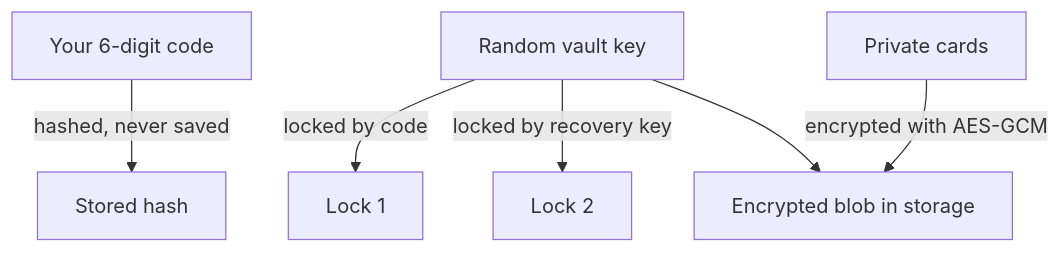
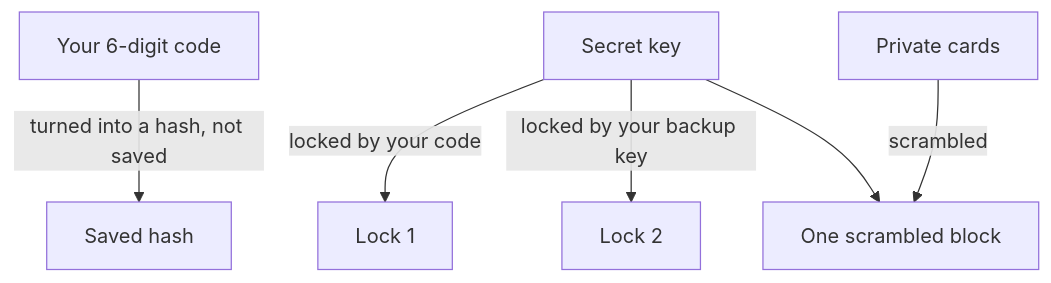
Before and after one commit to DeafGecko/clearcard: the second of 3 diagrams in README.md, drawn with Mermaid. The commit also changed other lines of this file and 3 other files, not shown here.

````diff
--- a/README.md
+++ b/README.md
@@ -36,8 +35,8 @@
 ```mermaid
 flowchart TD
-  Code["Your 6-digit code"] -->|"hashed, never saved"| Hash["Stored hash"]
-  Key["Random vault key"] -->|"locked by code"| W1["Lock 1"]
-  Key -->|"locked by recovery key"| W2["Lock 2"]
-  Cards["Private cards"] -->|"encrypted with AES-GCM"| Blob["Encrypted blob in storage"]
+  Code["Your 6-digit code"] -->|"turned into a hash, not saved"| Hash["Saved hash"]
+  Key["Secret key"] -->|"locked by your code"| L1["Lock 1"]
+  Key -->|"locked by your backup key"| L2["Lock 2"]
+  Cards["Private cards"] -->|"scrambled"| Blob["One scrambled block"]
   Key --> Blob
 ```
````
